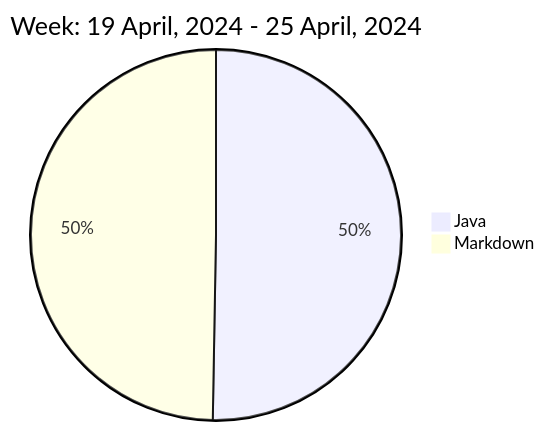
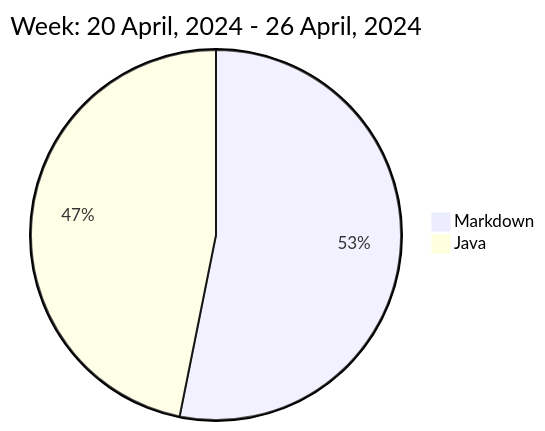
Before and after one commit to liubin95/liubin95: the diagram in README.md, drawn with Mermaid.

Commit message:
Updated the Graph with new Metrics

````diff
--- a/README.md
+++ b/README.md
@@ -37,6 +37,6 @@
 ```mermaid
  pie
-title Week: 19 April, 2024 - 25 April, 2024
- "Java" : 2.73
+title Week: 20 April, 2024 - 26 April, 2024
  "Markdown" : 2.7
+ "Java" : 2.38
 ```
````
